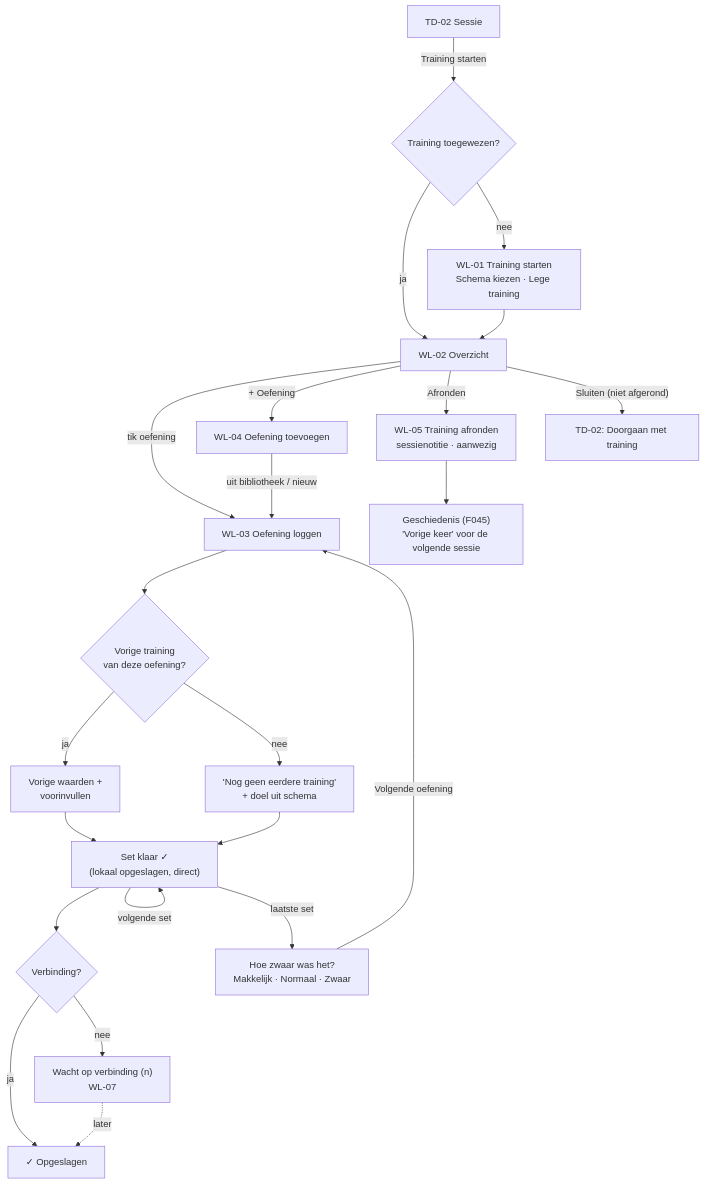
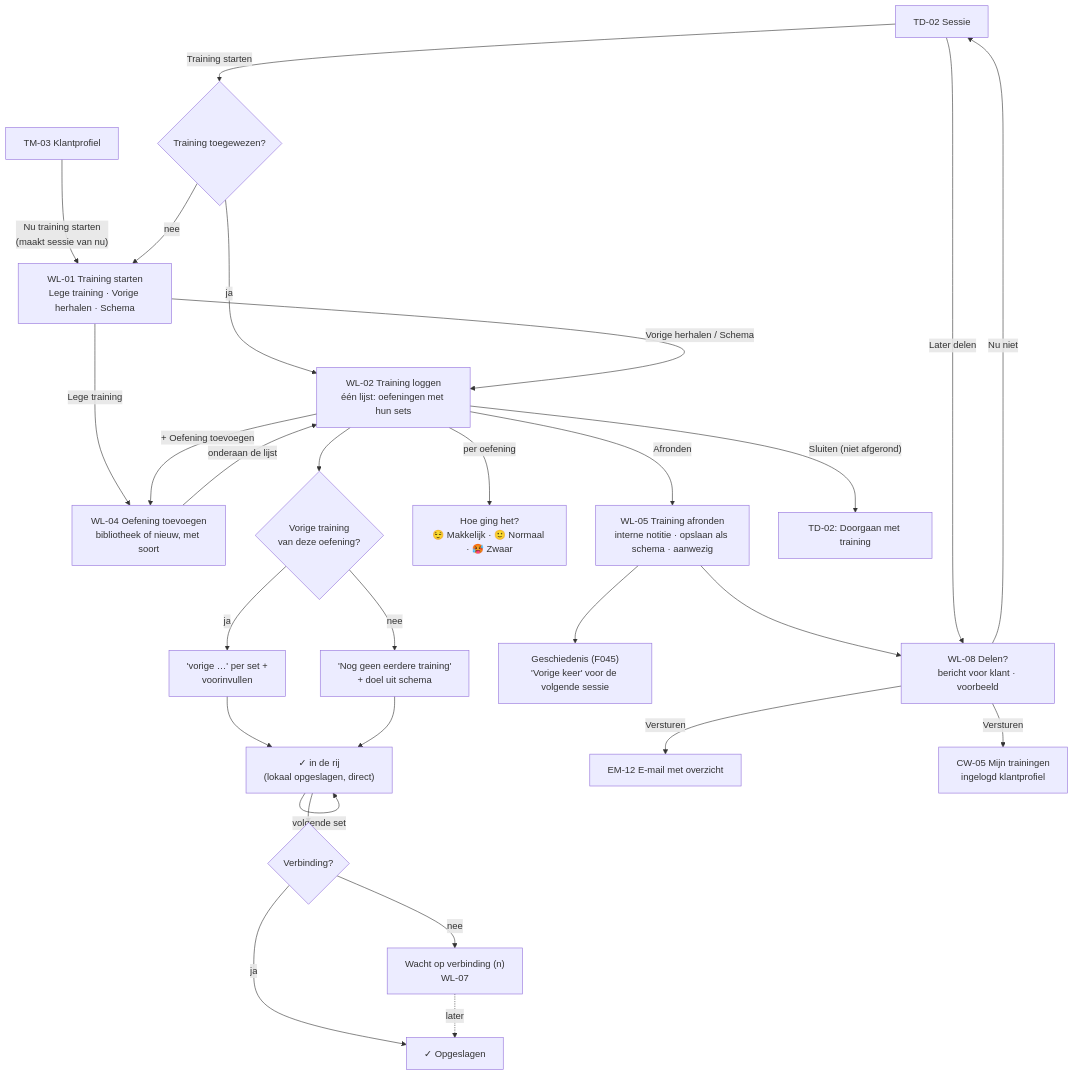
The diagram in docs/design/flows/05-live-workout-logging.md (fivvi-app/fivvi), drawn with Mermaid before and after one commit. The commit also changed other lines of this file and 21 other files, not shown here.

````diff
--- a/docs/design/flows/05-live-workout-logging.md
+++ b/docs/design/flows/05-live-workout-logging.md
@@ -28,24 +35,29 @@
 ```mermaid
 flowchart TD
   td02["TD-02 Sessie"] -- "Training starten" --> hasw{"Training toegewezen?"}
+  tm03["TM-03 Klantprofiel"] -- "Nu training starten<br/>(maakt sessie van nu)" --> wl01
   hasw -- "ja" --> wl02
-  hasw -- "nee" --> wl01["WL-01 Training starten<br/>Schema kiezen · Lege training"]
-  wl01 --> wl02["WL-02 Overzicht"]
-  wl02 -- "tik oefening" --> wl03["WL-03 Oefening loggen"]
-  wl02 -- "+ Oefening" --> wl04["WL-04 Oefening toevoegen"]
-  wl04 -- "uit bibliotheek / nieuw" --> wl03
-  wl03 --> prev{"Vorige training<br/>van deze oefening?"}
-  prev -- "ja" --> showprev["Vorige waarden +<br/>voorinvullen"]
+  hasw -- "nee" --> wl01["WL-01 Training starten<br/>Lege training · Vorige herhalen · Schema"]
+  wl01 -- "Lege training" --> wl04
+  wl01 -- "Vorige herhalen / Schema" --> wl02["WL-02 Training loggen<br/>één lijst: oefeningen met hun sets"]
+  wl02 -- "+ Oefening toevoegen" --> wl04["WL-04 Oefening toevoegen<br/>bibliotheek of nieuw, met soort"]
+  wl04 -- "onderaan de lijst" --> wl02
+  wl02 --> prev{"Vorige training<br/>van deze oefening?"}
+  prev -- "ja" --> showprev["'vorige …' per set +<br/>voorinvullen"]
   prev -- "nee" --> showtarget["'Nog geen eerdere training'<br/>+ doel uit schema"]
-  showprev --> log["Set klaar ✓<br/>(lokaal opgeslagen, direct)"]
+  showprev --> log["✓ in de rij<br/>(lokaal opgeslagen, direct)"]
   showtarget --> log
   log --> sync{"Verbinding?"}
   sync -- "ja" --> synced["✓ Opgeslagen"]
   sync -- "nee" --> queued["Wacht op verbinding (n)<br/>WL-07"] -. "later" .-> synced
   log -- "volgende set" --> log
-  log -- "laatste set" --> diff["Hoe zwaar was het?<br/>Makkelijk · Normaal · Zwaar"]
-  diff -- "Volgende oefening" --> wl03
-  wl02 -- "Afronden" --> wl05["WL-05 Training afronden<br/>sessienotitie · aanwezig"]
+  wl02 -- "per oefening" --> diff["Hoe ging het?<br/>😌 Makkelijk · 🙂 Normaal · 🥵 Zwaar"]
+  wl02 -- "Afronden" --> wl05["WL-05 Training afronden<br/>interne notitie · opslaan als schema · aanwezig"]
   wl05 --> hist["Geschiedenis (F045)<br/>'Vorige keer' voor de volgende sessie"]
+  wl05 --> wl08["WL-08 Delen?<br/>bericht voor klant · voorbeeld"]
+  wl08 -- "Nu niet" --> td02
+  td02 -- "Later delen" --> wl08
+  wl08 -- "Versturen" --> em12["EM-12 E-mail met overzicht"]
+  wl08 -- "Versturen" --> cw05["CW-05 Mijn trainingen<br/>ingelogd klantprofiel"]
   wl02 -- "Sluiten (niet afgerond)" --> td02b["TD-02: Doorgaan met training"]
 ```
````
